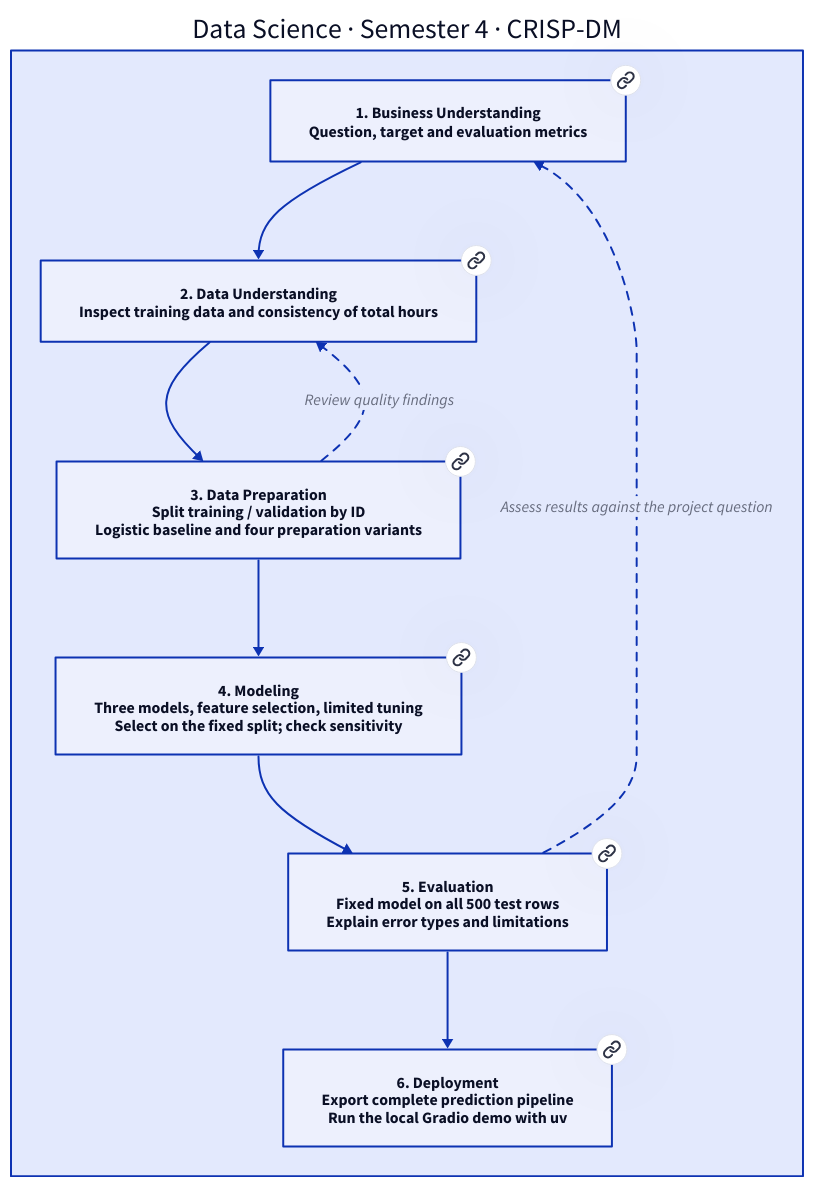
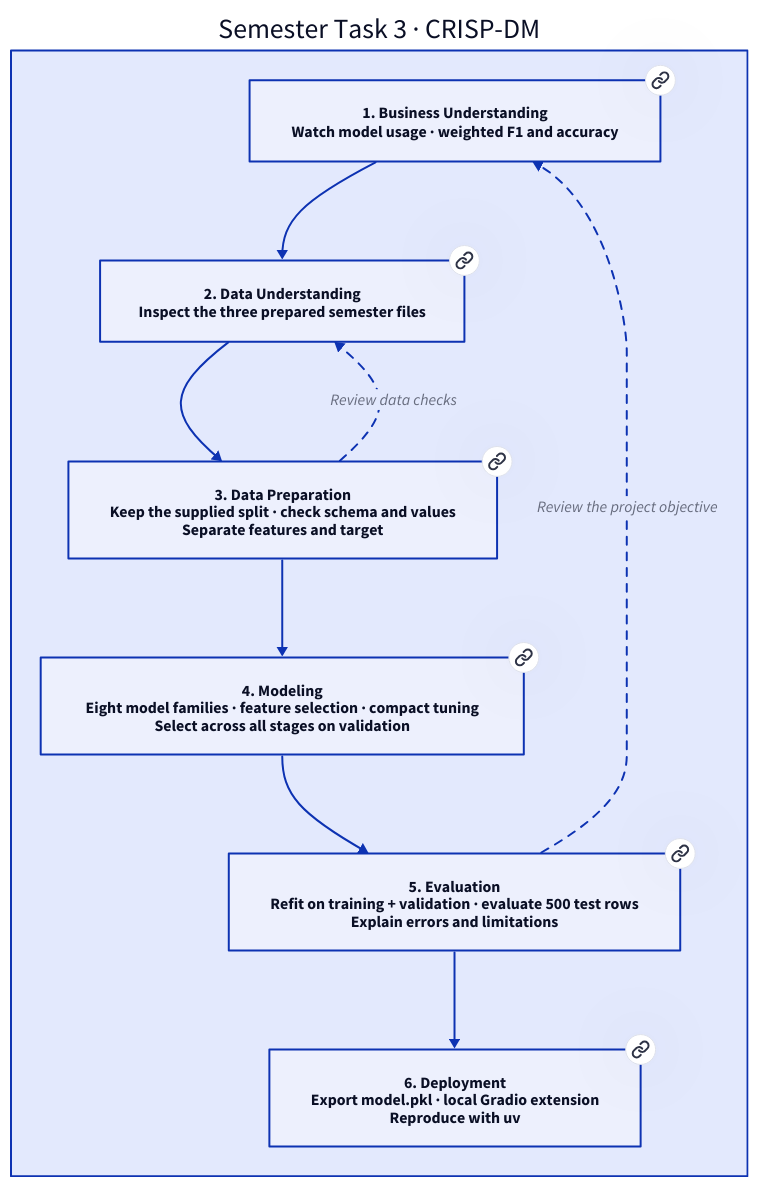
Before and after one commit to crnly/data-science-module-s4: the diagram in docs/process.d2, drawn with D2. The commit also changed 13 other files, not shown here.

Commit message:
Align analysis with the three original semester datasets

```diff
--- a/docs/process.d2
+++ b/docs/process.d2
@@ -1,26 +1,14 @@
 vars: {d2-config: {layout-engine: dagre; theme-id: 0}}
 direction: down
-process: "Data Science · Semester 4 · CRISP-DM" {
+process: "Semester Task 3 · CRISP-DM" {
   direction: down
-  p1: "1. Business Understanding\nQuestion, target and evaluation metrics" {
-    link: "../data_science.ipynb#phase-1"
-  }
-  p2: "2. Data Understanding\nInspect training data and consistency of total hours" {
-    link: "../data_science.ipynb#phase-2"
-  }
-  p3: "3. Data Preparation\nSplit training / validation by ID\nLogistic baseline and four preparation variants" {
-    link: "../data_science.ipynb#phase-3"
-  }
-  p4: "4. Modeling\nThree models, feature selection, limited tuning\nSelect on the fixed split; check sensitivity" {
-    link: "../data_science.ipynb#phase-4"
-  }
-  p5: "5. Evaluation\nFixed model on all 500 test rows\nExplain error types and limitations" {
-    link: "../data_science.ipynb#phase-5"
-  }
-  p6: "6. Deployment\nExport complete prediction pipeline\nRun the local Gradio demo with uv" {
-    link: "../data_science.ipynb#phase-6"
-  }
+  p1: "1. Business Understanding\nWatch model usage · weighted F1 and accuracy" {link: "../data_science.ipynb#phase-1"}
+  p2: "2. Data Understanding\nInspect the three prepared semester files" {link: "../data_science.ipynb#phase-2"}
+  p3: "3. Data Preparation\nKeep the supplied split · check schema and values\nSeparate features and target" {link: "../data_science.ipynb#phase-3"}
+  p4: "4. Modeling\nEight model families · feature selection · compact tuning\nSelect across all stages on validation" {link: "../data_science.ipynb#phase-4"}
+  p5: "5. Evaluation\nRefit on training + validation · evaluate 500 test rows\nExplain errors and limitations" {link: "../data_science.ipynb#phase-5"}
+  p6: "6. Deployment\nExport model.pkl · local Gradio extension\nReproduce with uv" {link: "../data_science.ipynb#phase-6"}
   p1 -> p2 -> p3 -> p4 -> p5 -> p6
-  p3 -> p2: "Review quality findings" {style.stroke-dash: 4}
-  p5 -> p1: "Assess results against the project question" {style.stroke-dash: 4}
+  p3 -> p2: "Review data checks" {style.stroke-dash: 4}
+  p5 -> p1: "Review the project objective" {style.stroke-dash: 4}
 }
```
